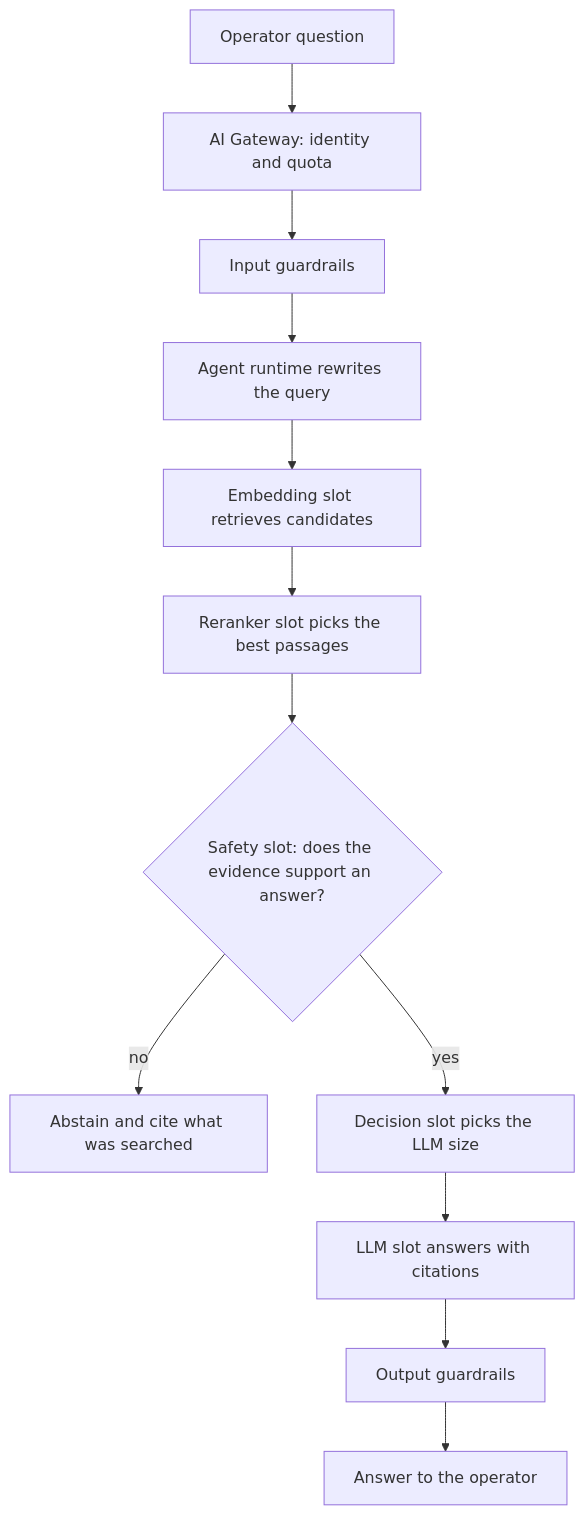
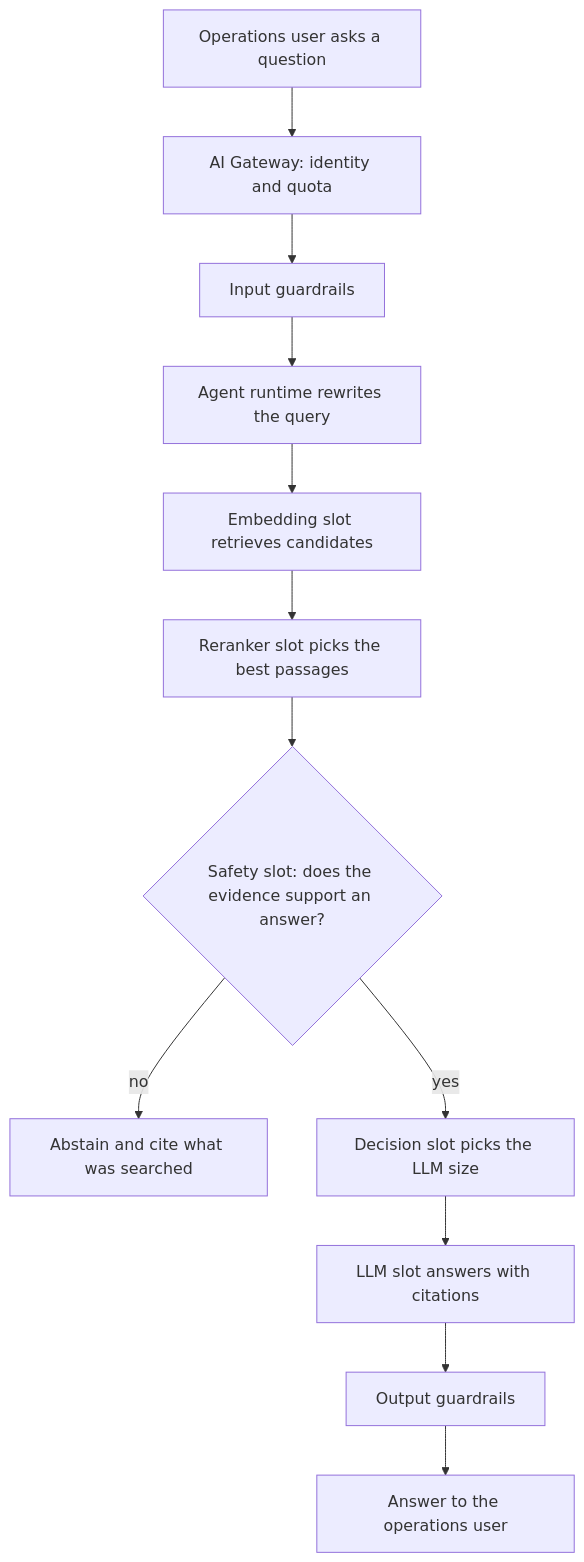
One commit to ravisharma5/otel-telco-blueprints changed the first of 2 diagrams in architecture/index.md. Above: the diagram before and after it, drawn with Mermaid. The commit also changed other lines of this file and 3 other files, not shown here.

First line of the commit message:
docs(architecture): split diagram entry into user and network event

````diff
--- a/architecture/index.md
+++ b/architecture/index.md
@@ -72,14 +72,14 @@
 ```mermaid
 flowchart TD
-  Q["Operator question"] --> GW["AI Gateway: identity and quota"]
+  Q["Operations user asks a question"] --> GW["AI Gateway: identity and quota"]
   GW --> IG["Input guardrails"]
   IG --> H["Agent runtime rewrites the query"]
   H --> E["Embedding slot retrieves candidates"]
   E --> R["Reranker slot picks the best passages"]
   R --> S{"Safety slot: does the evidence support an answer?"}
   S -- "no" --> AB["Abstain and cite what was searched"]
   S -- "yes" --> D["Decision slot picks the LLM size"]
   D --> L["LLM slot answers with citations"]
   L --> OG["Output guardrails"]
-  OG --> A["Answer to the operator"]
+  OG --> A["Answer to the operations user"]
 ```
````
